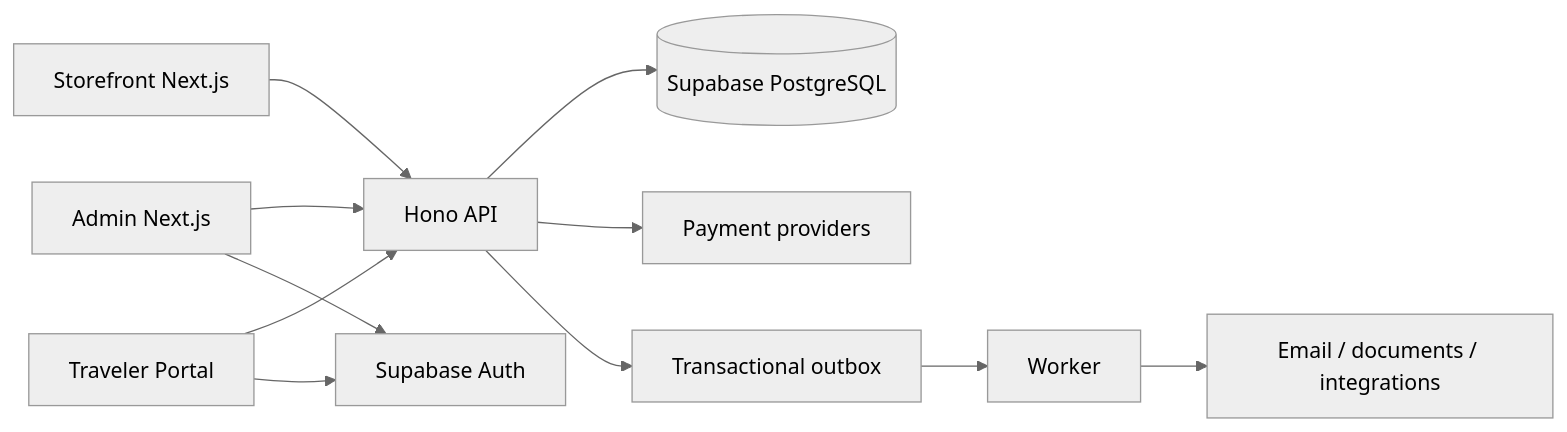
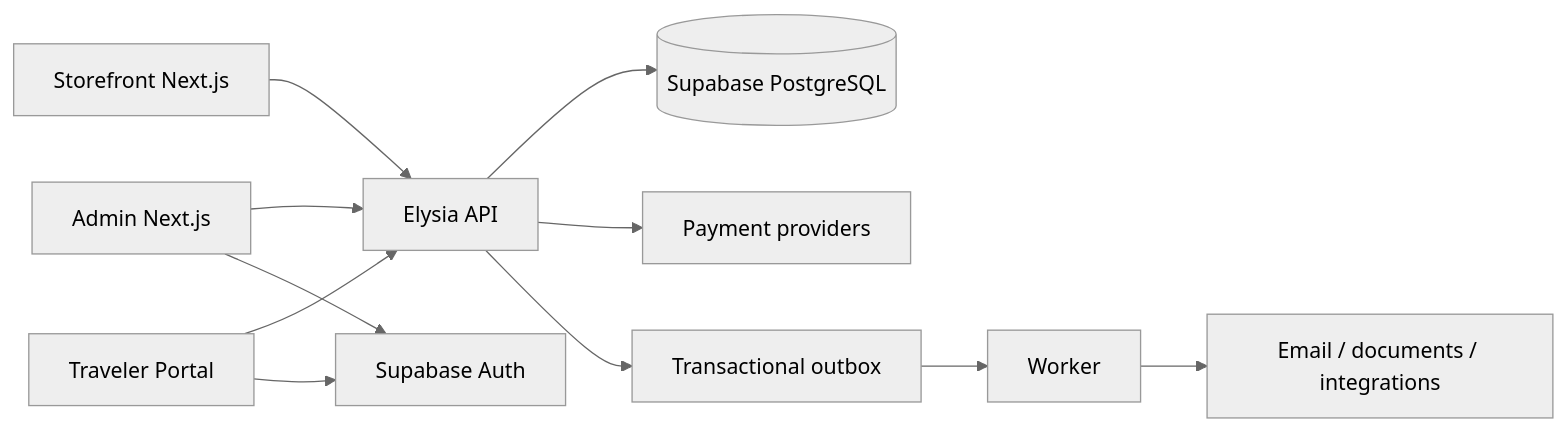
The diagram in docs/architecture/system-overview.md (Byrln/TOMS2.0), drawn with Mermaid (neutral theme) before and after one commit. The commit also changed other lines of this file and 182 other files, not shown here.

````diff
--- a/docs/architecture/system-overview.md
+++ b/docs/architecture/system-overview.md
@@ -5,13 +5,13 @@
 ```mermaid
 flowchart LR
-  A[Admin Next.js] --> API[Hono API]
+  A[Admin Next.js] --> API[Elysia API]
   S[Storefront Next.js] --> API
   P[Traveler Portal] --> API
   API --> D[(Supabase PostgreSQL)]
   API --> Pay[Payment providers]
   API --> O[Transactional outbox]
   O --> W[Worker]
   W --> Mail[Email / documents / integrations]
   A --> Auth[Supabase Auth]
   P --> Auth
 ```
````
